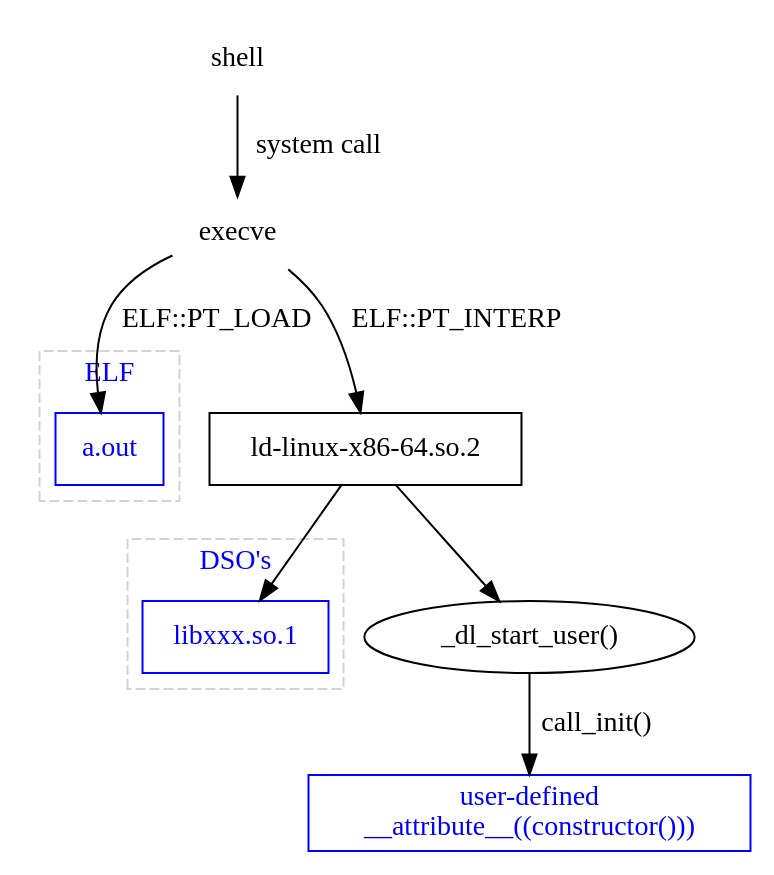
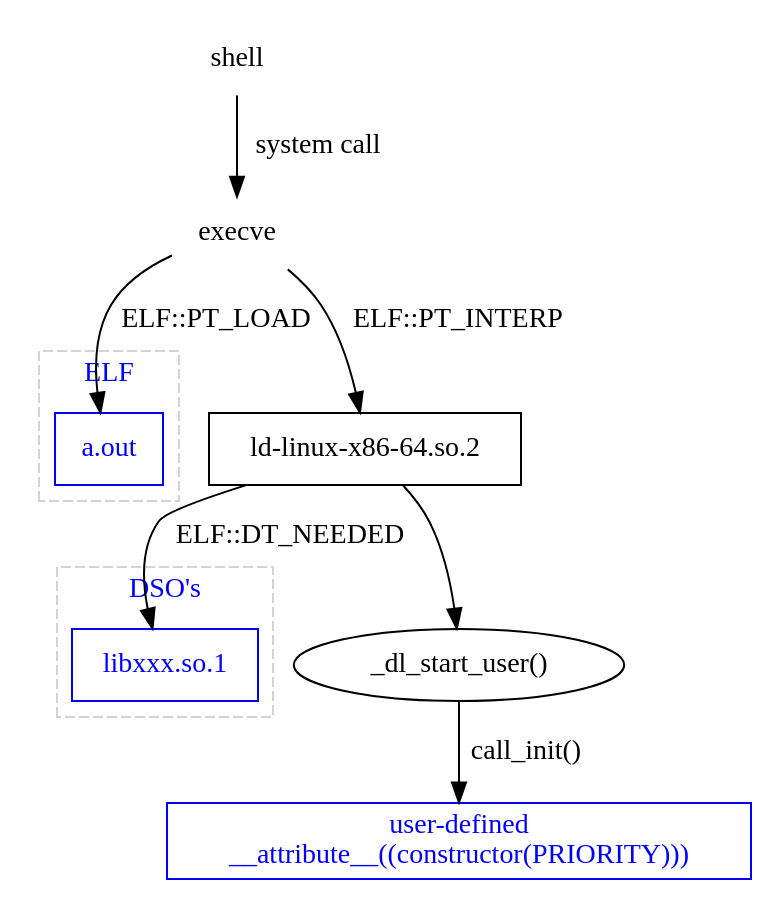
Before and after one commit to lucmann/lucmann.github.io: the diagram in source/images/build/execve.dot, drawn with Graphviz. The commit also changed 3 other files, not shown here.

```diff
--- a/source/images/build/execve.dot
+++ b/source/images/build/execve.dot
@@ -1,37 +1,37 @@
 digraph G {
     {node [shape=plaintext] "shell"};
     {node [shape=plaintext] "execve"};
     subgraph cluster_elf {
         label="ELF";
         fontcolor=blue;
         style=dashed;
         color=lightgrey;
         node [color=blue, fontcolor=blue];
         edge [color=blue, fontcolor=blue];
 
         {node [shape=box, label="a.out"] "Executable"};
     }
 
     {node [shape=box, label="ld-linux-x86-64.so.2"] "Interpreter"};
 
     subgraph cluster_dso {
         label="DSO's";
         fontcolor=blue;
         style=dashed;
         color=lightgrey;
         node [color=blue, fontcolor=blue];
         edge [color=blue, fontcolor=blue];
 
         {node [shape=box, label="libxxx.so.1"] "dso_1"};
     }
 
-    user_ctor [shape=box, label="user-defined\n__attribute__((constructor()))",
+    user_ctor [shape=box, label="user-defined\n__attribute__((constructor(PRIORITY)))",
                color=blue, fontcolor=blue];
 
     "shell" -> "execve" [label="system call"];
     "execve" -> "Executable" [label="ELF::PT_LOAD"];
     "execve" -> "Interpreter" [label="ELF::PT_INTERP"];
     "Interpreter" -> "_dl_start_user()";
     "_dl_start_user()" -> user_ctor [label="call_init()"];
-    "Interpreter" -> "dso_1";
+    "Interpreter" -> "dso_1" [label="ELF::DT_NEEDED"];
 }
```
